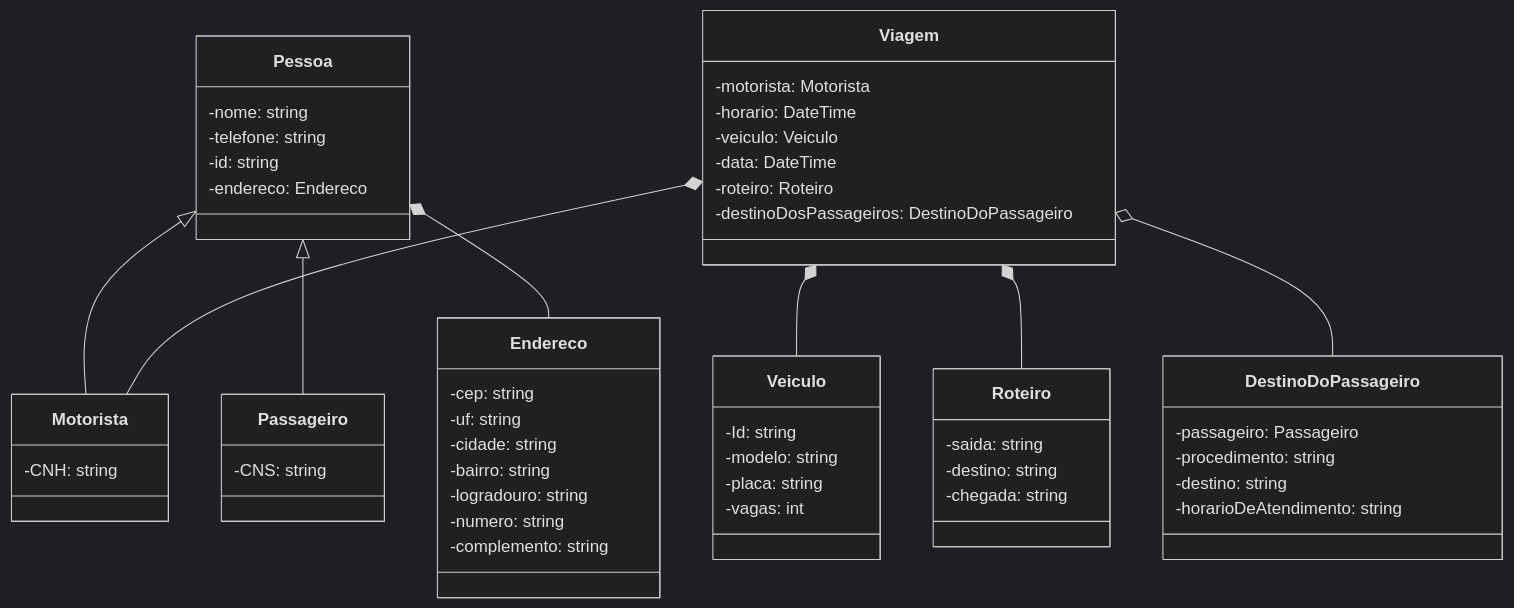
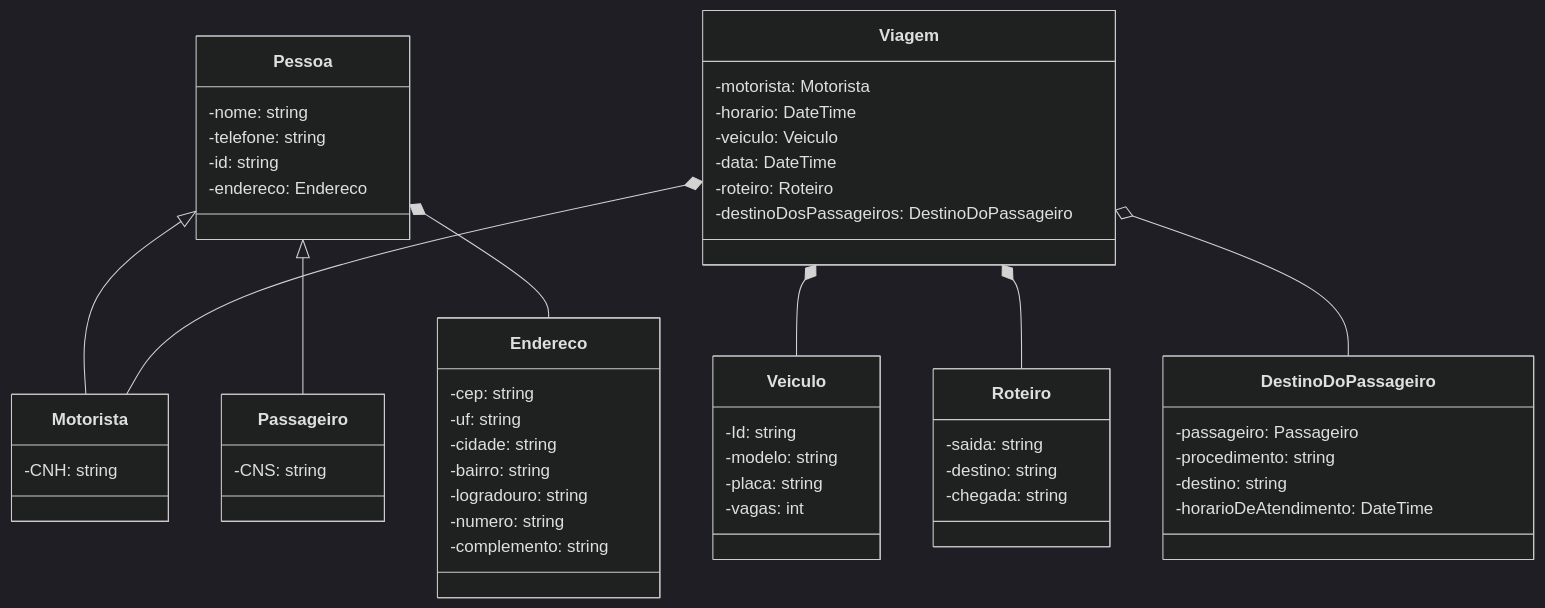
The first of 2 diagrams in README.md (KleitonMQ/CONTRAVI), drawn with Mermaid (dark theme) before and after one commit. The commit also changed other lines of this file, not shown here.

Commit message:
Att: readme - diagrama ER

````diff
--- a/README.md
+++ b/README.md
@@ -6,65 +6,65 @@
 ```mermaid
 classDiagram
     Pessoa <|-- Motorista
     Pessoa <|-- Passageiro
     
     class Pessoa {
         -nome: string
         -telefone: string
         -id: string
         -endereco: Endereco
     }
 
     class Endereco {
         -cep: string
         -uf: string
         -cidade: string
         -bairro: string
         -logradouro: string
         -numero: string
         -complemento: string
     }
 
     class Motorista {
         -CNH: string
     }
 
     class Passageiro {
         -CNS: string
     }
 
     class Veiculo {
         -Id: string
         -modelo: string
         -placa: string
         -vagas: int
     }
 
     class Viagem {
         -motorista: Motorista
         -horario: DateTime
         -veiculo: Veiculo
         -data: DateTime
         -roteiro: Roteiro
         -destinoDosPassageiros: DestinoDoPassageiro
     }
 
     class DestinoDoPassageiro {
         -passageiro: Passageiro
         -procedimento: string
         -destino: string
-        -horarioDeAtendimento: string
+        -horarioDeAtendimento: DateTime
     }
 
     class Roteiro {
         -saida: string
         -destino: string
         -chegada: string
     } 
 
     Pessoa *-- Endereco
     Viagem *-- Veiculo
     Viagem *-- Motorista
     Viagem *-- Roteiro
     Viagem o-- DestinoDoPassageiro
 ```
````
